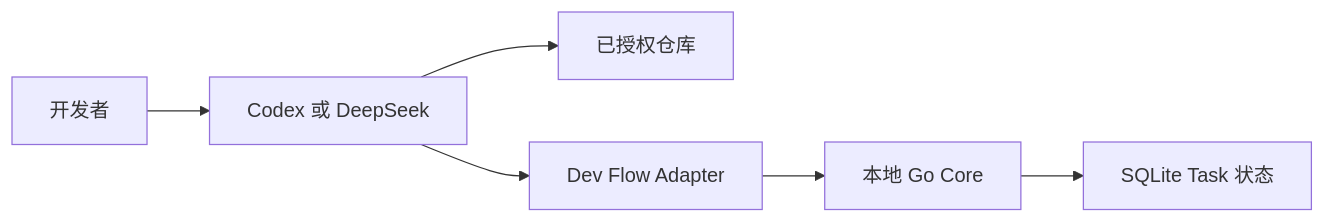
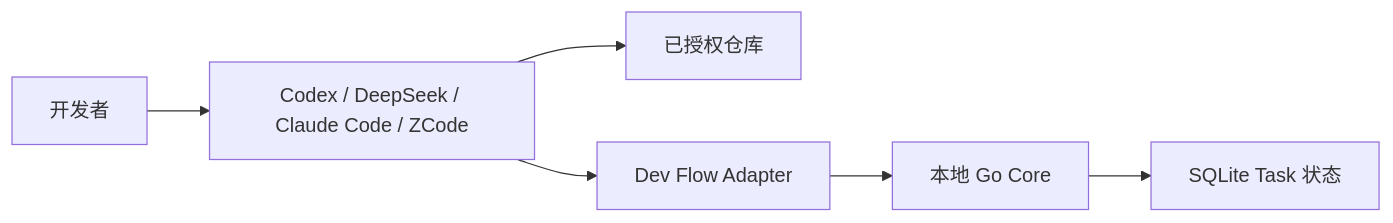
One commit to Innocent-children/dev-flow changed the diagram in docs/THREAT-MODEL.md. Above: the diagram before and after it, drawn with Mermaid. The commit also changed other lines of this file and 39 other files, not shown here.

````diff
--- a/docs/THREAT-MODEL.md
+++ b/docs/THREAT-MODEL.md
@@ -12,8 +12,8 @@
 ```mermaid
 flowchart LR
-    U[开发者] --> H[Codex 或 DeepSeek]
+    U[开发者] --> H[Codex / DeepSeek / Claude Code / ZCode]
     H --> R[已授权仓库]
     H --> A[Dev Flow Adapter]
     A --> C[本地 Go Core]
     C --> S[SQLite Task 状态]
 ```
````
